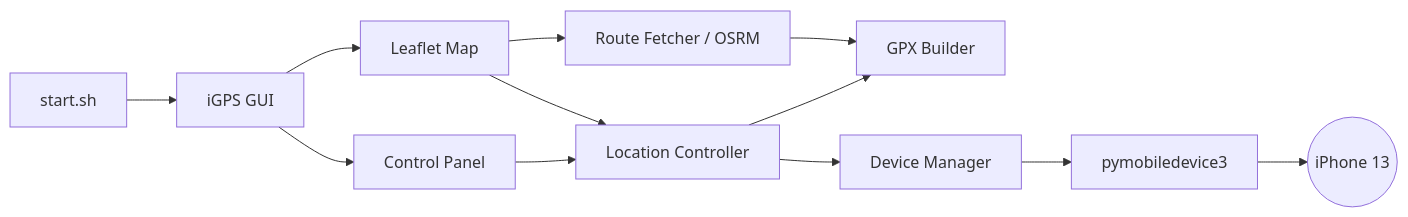
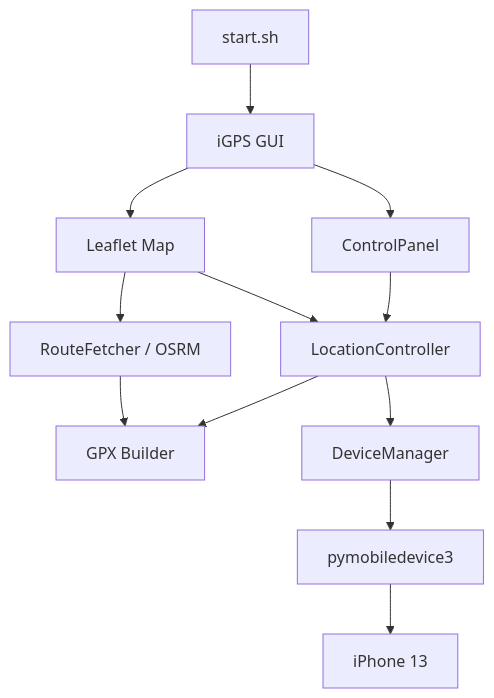
The diagram in README.md (Alexchen93/iGPS), drawn with Mermaid before and after one commit. The commit also changed other lines of this file and 1 other file, not shown here.

Commit message:
Fix Mermaid: use graph TD (more compatible) + remove circle shape

````diff
--- a/README.md
+++ b/README.md
@@ -25,20 +25,14 @@
 ```mermaid
-flowchart LR
+graph TD
     A[start.sh] --> B[iGPS GUI]
-
-    B --> C[Control Panel]
+    B --> C[ControlPanel]
     B --> D[Leaflet Map]
-
-    C --> E[Location Controller]
+    C --> E[LocationController]
     D --> E
-    D --> F[Route Fetcher / OSRM]
-
+    D --> F[RouteFetcher / OSRM]
     E --> G[GPX Builder]
     F --> G
-
-    E --> H[Device Manager]
-
+    E --> H[DeviceManager]
     H --> I[pymobiledevice3]
-
-    I --> J((iPhone 13))
+    I --> J[ iPhone 13 ]
 ```
````
